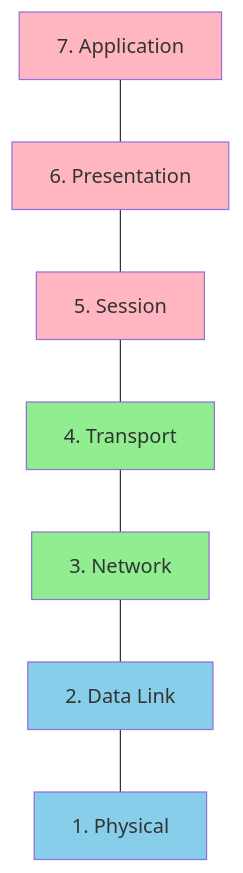
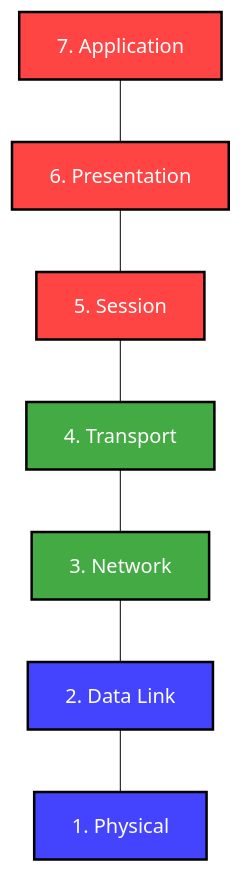
Before and after one commit to ulysses-ck/grupo-redes-ifts-2025: the fifth of 6 diagrams in tps/tp1.md, drawn with Mermaid. The commit also changed other lines of this file, not shown here.

Commit message:
style: update diagram colors and formatting for consistency

````diff
--- a/tps/tp1.md
+++ b/tps/tp1.md
@@ -463,24 +464,24 @@
 ```mermaid
 graph TD
     L7[7. Application]
     L6[6. Presentation]
     L5[5. Session]
     L4[4. Transport]
     L3[3. Network]
     L2[2. Data Link]
     L1[1. Physical]
 
     L7 --- L6
     L6 --- L5
     L5 --- L4
     L4 --- L3
     L3 --- L2
     L2 --- L1
 
-    classDef upper fill:#FFB6C1
-    classDef middle fill:#90EE90
-    classDef lower fill:#87CEEB
+    classDef upper fill:#FF4444,stroke:#000000,stroke-width:2px,color:#FFFFFF
+    classDef middle fill:#44AA44,stroke:#000000,stroke-width:2px,color:#FFFFFF
+    classDef lower fill:#4444FF,stroke:#000000,stroke-width:2px,color:#FFFFFF
     class L7,L6,L5 upper
     class L4,L3 middle
     class L2,L1 lower
 ```
````
